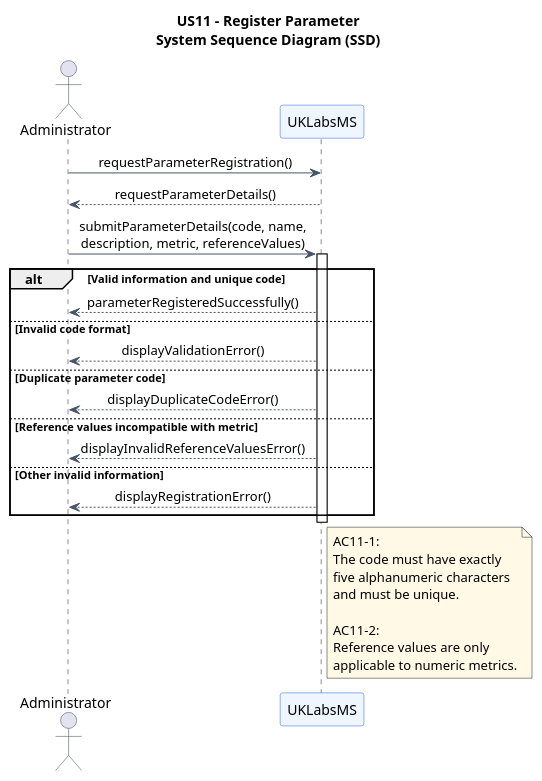
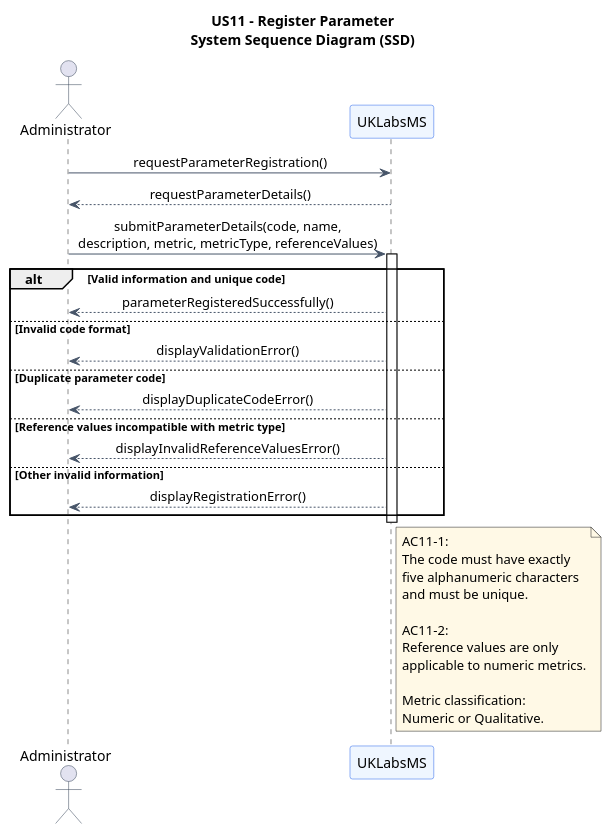
One commit to jmaia574/leti-esoft-26-27-B6 changed the diagram in docs/system-documentation/US11/puml/US11-SSD.puml. Above: the diagram before and after it, drawn with PlantUML. The commit also changed 4 other files, not shown here.

```diff
--- a/docs/system-documentation/US11/puml/US11-SSD.puml
+++ b/docs/system-documentation/US11/puml/US11-SSD.puml
@@ -1,49 +1,52 @@
 @startuml
 title US11 - Register Parameter\nSystem Sequence Diagram (SSD)
 
 skinparam backgroundColor #FFFFFF
 skinparam shadowing false
 skinparam sequenceMessageAlign center
 skinparam responseMessageBelowArrow true
 skinparam ParticipantBorderColor #2563EB
 skinparam ParticipantBackgroundColor #EFF6FF
 skinparam ActorBorderColor #334155
 skinparam ArrowColor #475569
 skinparam NoteBackgroundColor #FFF9E6
 
 actor "Administrator" as Admin
 participant "UKLabsMS" as System
 
 Admin -> System : requestParameterRegistration()
 System --> Admin : requestParameterDetails()
 
-Admin -> System : submitParameterDetails(code, name,\ndescription, metric, referenceValues)
+Admin -> System : submitParameterDetails(code, name,\ndescription, metric, metricType, referenceValues)
 
 activate System
 
 alt Valid information and unique code
     System --> Admin : parameterRegisteredSuccessfully()
 else Invalid code format
     System --> Admin : displayValidationError()
 else Duplicate parameter code
     System --> Admin : displayDuplicateCodeError()
-else Reference values incompatible with metric
+else Reference values incompatible with metric type
     System --> Admin : displayInvalidReferenceValuesError()
 else Other invalid information
     System --> Admin : displayRegistrationError()
 end
 
 deactivate System
 
 note right of System
 AC11-1:
 The code must have exactly
 five alphanumeric characters
 and must be unique.
 
 AC11-2:
 Reference values are only
 applicable to numeric metrics.
+
+Metric classification:
+Numeric or Qualitative.
 end note
 
 @enduml
```
